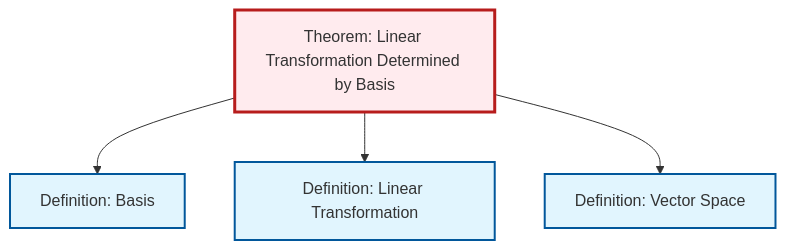
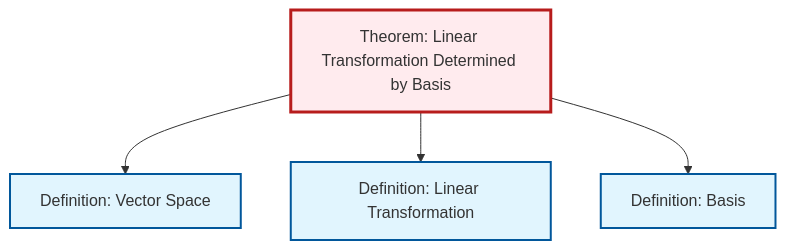
One commit to RK0429/ModernMath changed the diagram in content/en/algebra/thm-linear-transformation-basis.qmd. Above: the diagram before and after it, drawn with Mermaid. The commit also changed other lines of this file and 530 other files, not shown here.

````diff
--- a/content/en/algebra/thm-linear-transformation-basis.qmd
+++ b/content/en/algebra/thm-linear-transformation-basis.qmd
@@ -47,20 +47,20 @@
 ```{mermaid}
 %%| fig-cap: "Local dependency graph"
 graph TD
     classDef definition fill:#e1f5fe,stroke:#01579b,stroke-width:2px
     classDef theorem fill:#f3e5f5,stroke:#4a148c,stroke-width:2px
     classDef axiom fill:#fff3e0,stroke:#e65100,stroke-width:2px
     classDef example fill:#e8f5e9,stroke:#1b5e20,stroke-width:2px
     classDef current fill:#ffebee,stroke:#b71c1c,stroke-width:3px
     def-basis["Definition: Basis"]:::definition
+    def-vector-space["Definition: Vector Space"]:::definition
     def-linear-transformation["Definition: Linear Transformation"]:::definition
     thm-linear-transformation-basis["Theorem: Linear Transformation Determined by Basis"]:::theorem
-    def-vector-space["Definition: Vector Space"]:::definition
+    thm-linear-transformation-basis --> def-vector-space
+    thm-linear-transformation-basis --> def-linear-transformation
     thm-linear-transformation-basis --> def-basis
-    thm-linear-transformation-basis --> def-linear-transformation
-    thm-linear-transformation-basis --> def-vector-space
     class thm-linear-transformation-basis current
     click def-basis "def-basis.html" "Go to Basis definition"
+    click def-vector-space "def-vector-space.html" "Go to Vector Space definition"
     click def-linear-transformation "def-linear-transformation.html" "Go to Linear Transformation definition"
-    click def-vector-space "def-vector-space.html" "Go to Vector Space definition"
 ```
````
